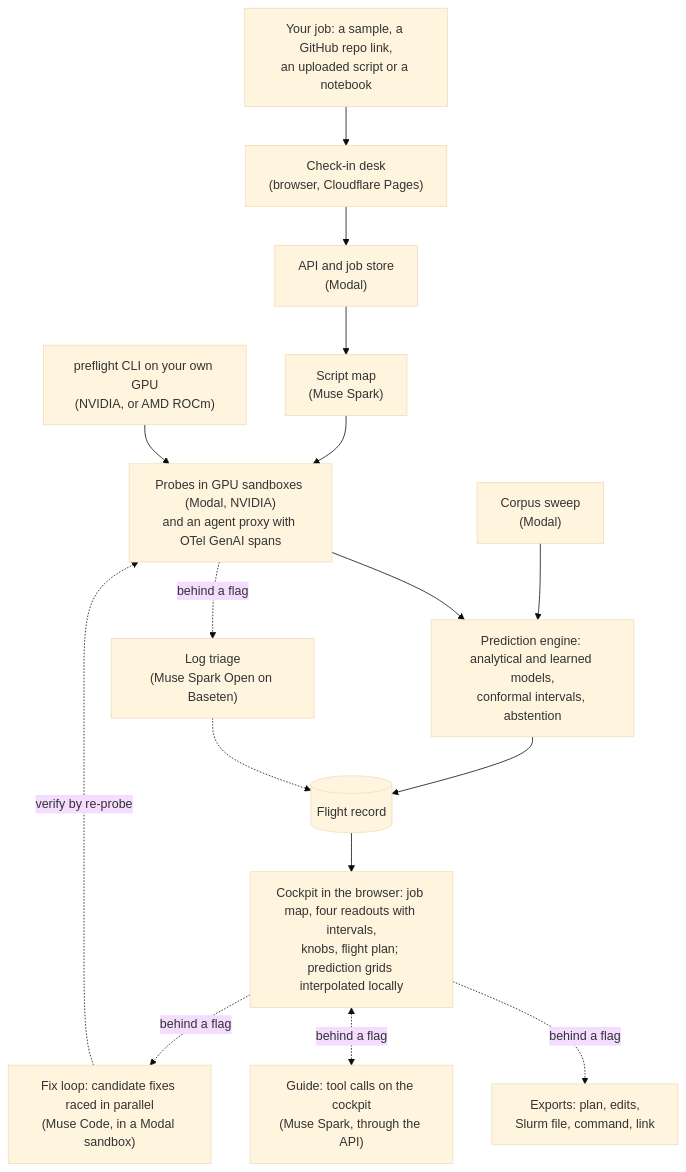
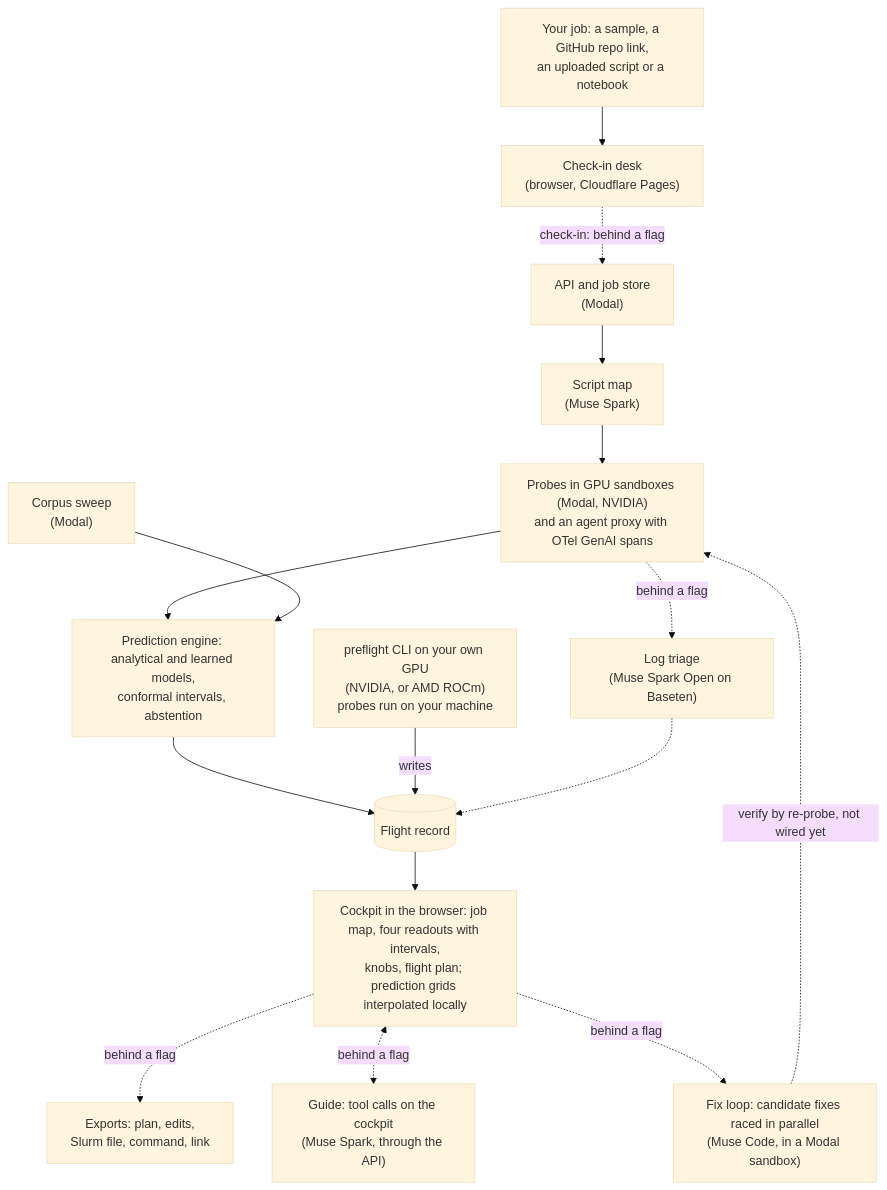
One commit to uchuuronin/preflight changed the diagram in docs/readme-final.md. Above: the diagram before and after it, drawn with Mermaid (base theme). The commit also changed other lines of this file and 15 other files, not shown here.

First line of the commit message:
Review fixes: say "planted"; the fix loop's re-probe isn't wired; the card reads the eval peak

````diff
--- a/docs/readme-final.md
+++ b/docs/readme-final.md
@@ -111,25 +115,27 @@
 ```mermaid
 flowchart TB
 	IN["Your job: a sample, a GitHub repo link,<br/>an uploaded script or a notebook"]
-	CLI["preflight CLI on your own GPU<br/>(NVIDIA, or AMD ROCm)"]
+	CLI["preflight CLI on your own GPU<br/>(NVIDIA, or AMD ROCm)<br/>probes run on your machine"]
 	CK["Check-in desk<br/>(browser, Cloudflare Pages)"]
 	API["API and job store<br/>(Modal)"]
 	MAP["Script map<br/>(Muse Spark)"]
 	PRB["Probes in GPU sandboxes (Modal, NVIDIA)<br/>and an agent proxy with OTel GenAI spans"]
 	CORPUS["Corpus sweep<br/>(Modal)"]
 	ENG["Prediction engine: analytical and learned models,<br/>conformal intervals, abstention"]
 	REC[("Flight record")]
 	COCK["Cockpit in the browser: job map, four readouts with intervals,<br/>knobs, flight plan; prediction grids interpolated locally"]
 	EXP["Exports: plan, edits,<br/>Slurm file, command, link"]
 	GUIDE["Guide: tool calls on the cockpit<br/>(Muse Spark, through the API)"]
 	FIX["Fix loop: candidate fixes raced in parallel<br/>(Muse Code, in a Modal sandbox)"]
 	TRI["Log triage<br/>(Muse Spark Open on Baseten)"]
 
-	IN --> CK --> API --> MAP --> PRB --> ENG --> REC --> COCK
+	IN --> CK
+	CK -.->|"check-in: behind a flag"| API
+	API --> MAP --> PRB --> ENG --> REC --> COCK
 	COCK -.->|"behind a flag"| EXP
-	CLI --> PRB
+	CLI -->|"writes"| REC
 	CORPUS --> ENG
 	COCK <-.->|"behind a flag"| GUIDE
-	COCK -.->|"behind a flag"| FIX -.->|"verify by re-probe"| PRB
+	COCK -.->|"behind a flag"| FIX -.->|"verify by re-probe, not wired yet"| PRB
 	PRB -.->|"behind a flag"| TRI -.-> REC
 ```
````
